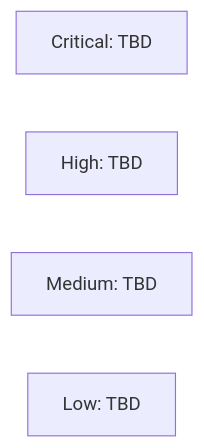
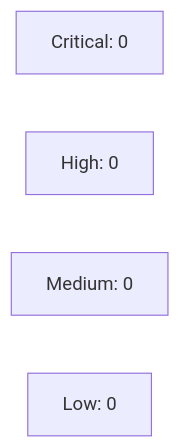
Before and after one commit to ArcavenAE/jira-cli: the fifth of 5 diagrams in code-delivery/S-cycle7-auth-state-derivation/pr-description.md, drawn with Mermaid. The commit also changed other lines of this file and 11 other files, not shown here.

````diff
--- a/code-delivery/S-cycle7-auth-state-derivation/pr-description.md
+++ b/code-delivery/S-cycle7-auth-state-derivation/pr-description.md
@@ -234,7 +233,7 @@
 ```mermaid
 graph LR
-    Critical["Critical: TBD"]
-    High["High: TBD"]
-    Medium["Medium: TBD"]
-    Low["Low: TBD"]
+    Critical["Critical: 0"]
+    High["High: 0"]
+    Medium["Medium: 0"]
+    Low["Low: 0"]
 ```
````
